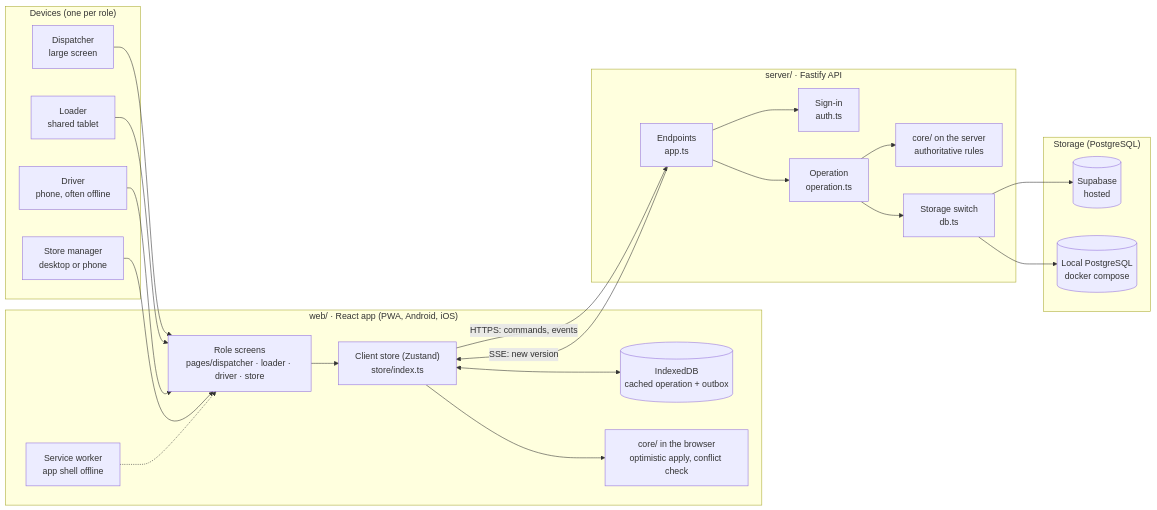
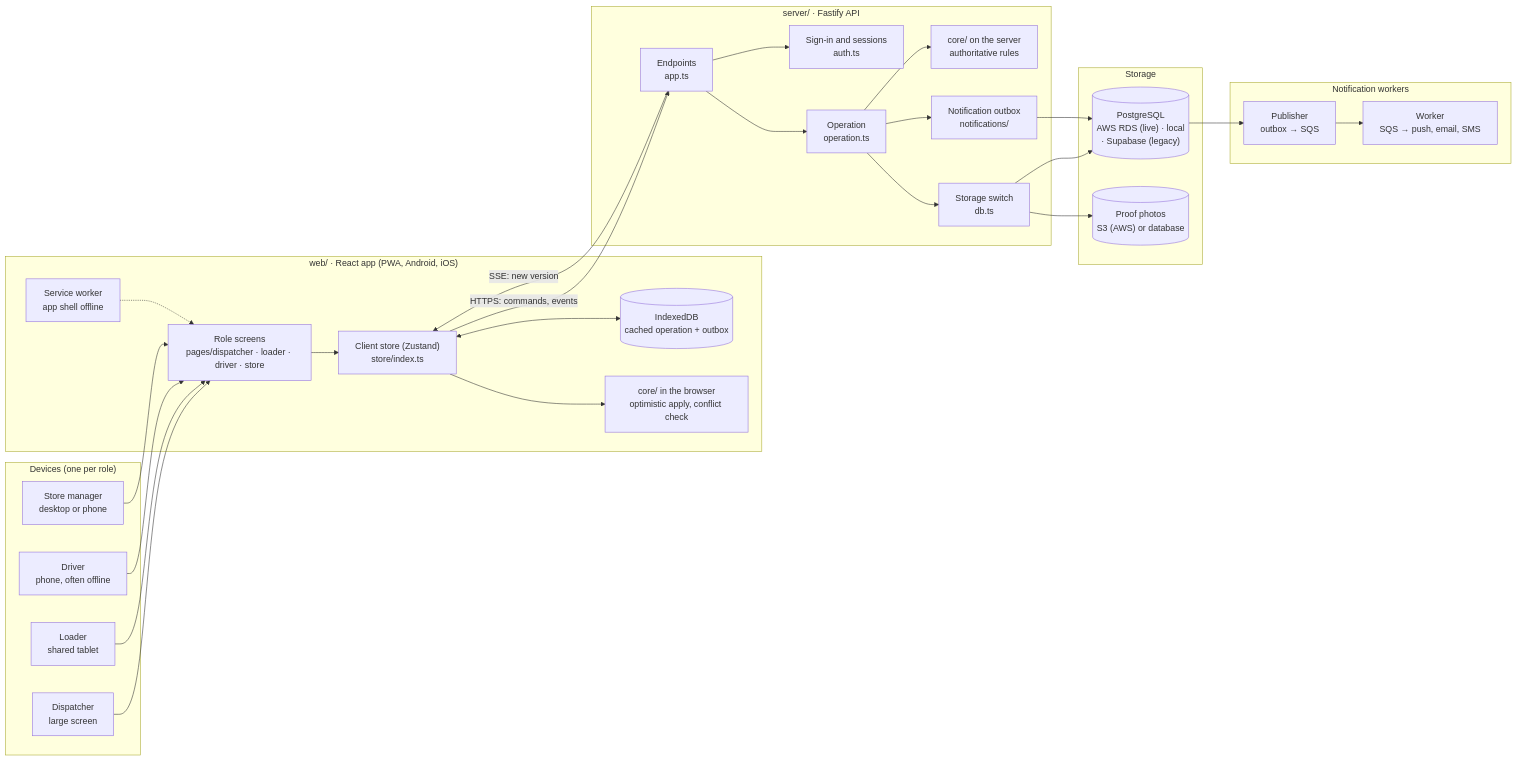
One commit to geemalfernando/Aevion_Kairon changed the first of 6 diagrams in docs/architecture.md. Above: the diagram before and after it, drawn with Mermaid. The commit also changed other lines of this file and 9 other files, not shown here.

First line of the commit message:
docs: AWS architecture poster, architecture and data model for the live deployment

````diff
--- a/docs/architecture.md
+++ b/docs/architecture.md
@@ -18,44 +27,53 @@
 ```mermaid
 flowchart LR
   subgraph Devices["Devices (one per role)"]
     D["Dispatcher<br/>large screen"]
     L["Loader<br/>shared tablet"]
     R["Driver<br/>phone, often offline"]
     S["Store manager<br/>desktop or phone"]
   end
 
   subgraph Web["web/ · React app (PWA, Android, iOS)"]
     UI["Role screens<br/>pages/dispatcher · loader · driver · store"]
     ST["Client store (Zustand)<br/>store/index.ts"]
     OB[("IndexedDB<br/>cached operation + outbox")]
     SW["Service worker<br/>app shell offline"]
     CC["core/ in the browser<br/>optimistic apply, conflict check"]
   end
 
   subgraph API["server/ · Fastify API"]
-    AU["Sign-in<br/>auth.ts"]
+    AU["Sign-in and sessions<br/>auth.ts"]
     RT["Endpoints<br/>app.ts"]
     OP["Operation<br/>operation.ts"]
     CS["core/ on the server<br/>authoritative rules"]
     DB["Storage switch<br/>db.ts"]
+    NO["Notification outbox<br/>notifications/"]
   end
 
-  subgraph Store["Storage (PostgreSQL)"]
-    SB[("Supabase<br/>hosted")]
-    PG[("Local PostgreSQL<br/>docker compose")]
+  subgraph Store["Storage"]
+    RDS[("PostgreSQL<br/>AWS RDS (live) · local<br/>· Supabase (legacy)")]
+    S3[("Proof photos<br/>S3 (AWS) or database")]
+  end
+
+  subgraph Workers["Notification workers"]
+    PUB["Publisher<br/>outbox → SQS"]
+    WRK["Worker<br/>SQS → push, email, SMS"]
   end
 
   D & L & R & S --> UI
   UI --> ST
   ST <--> OB
   ST --> CC
   SW -.-> UI
   ST -- "HTTPS: commands, events" --> RT
   RT -- "SSE: new version" --> ST
   RT --> AU
   RT --> OP
   OP --> CS
   OP --> DB
-  DB --> SB
-  DB --> PG
+  OP --> NO
+  DB --> RDS
+  DB --> S3
+  NO --> RDS
+  RDS --> PUB --> WRK
 ```
````
